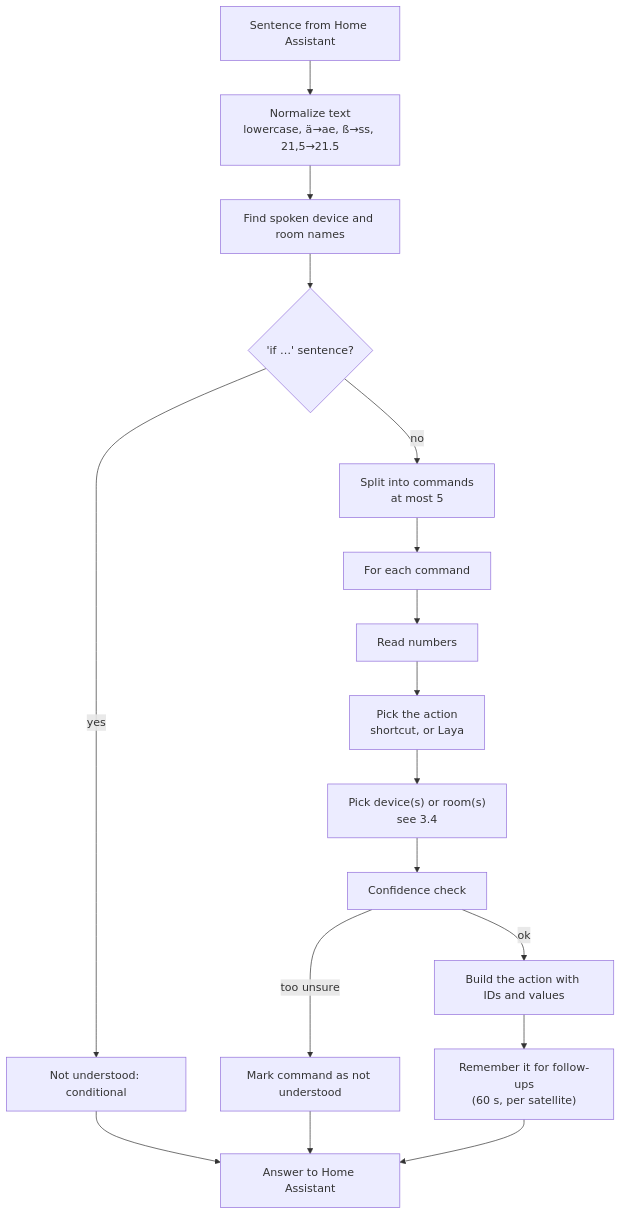
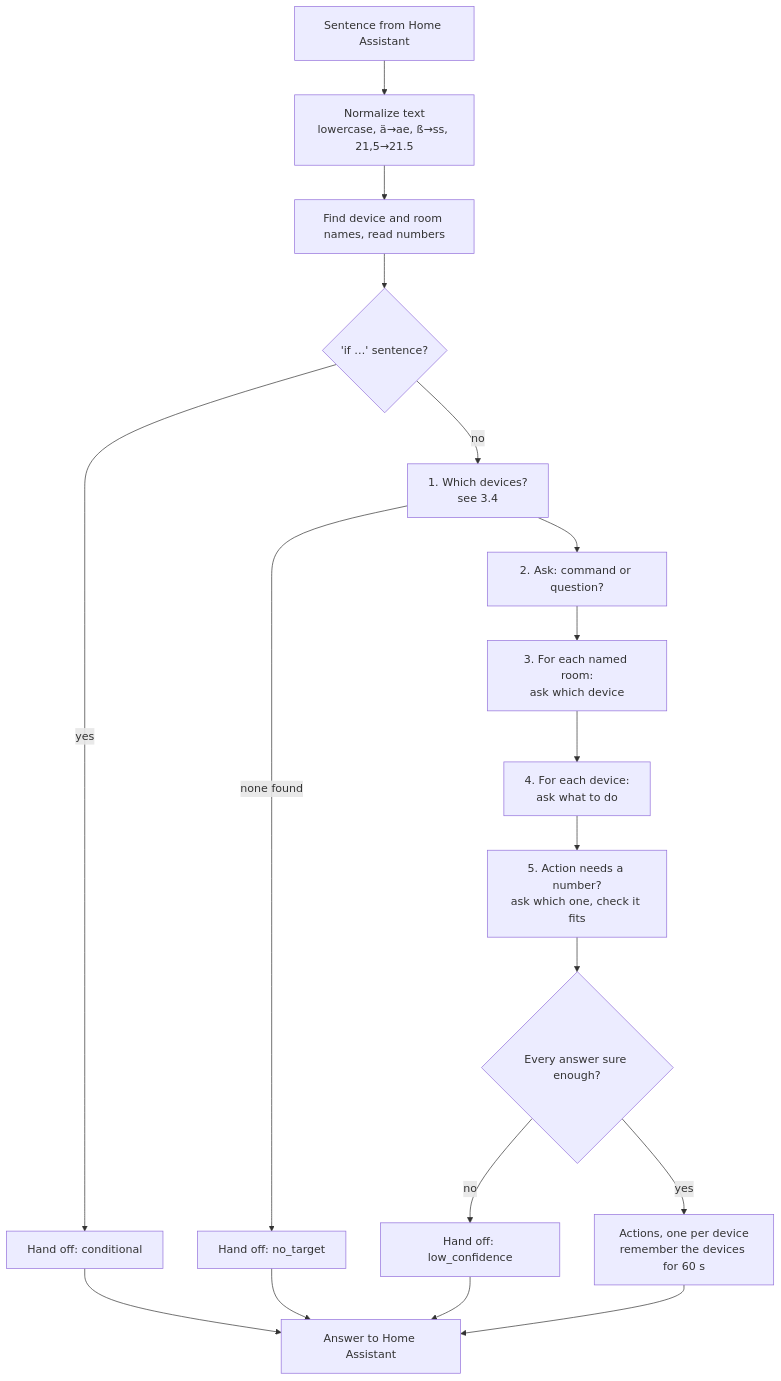
The second of 5 diagrams in HOW-IT-WORKS.md (d00kIe/assist-decider), drawn with Mermaid before and after one commit. The commit also changed other lines of this file and 15 other files, not shown here.

````diff
--- a/HOW-IT-WORKS.md
+++ b/HOW-IT-WORKS.md
@@ -266,19 +241,20 @@
 ```mermaid
 flowchart TD
     A["Sentence from Home Assistant"] --> B["Normalize text<br/>lowercase, ä→ae, ß→ss, 21,5→21.5"]
-    B --> C["Find spoken device and room names"]
+    B --> C["Find device and room names, read numbers"]
     C --> D{"'if …' sentence?"}
-    D -- yes --> X["Not understood: conditional"]
-    D -- no --> F["Split into commands<br/>at most 5"]
-    F --> G["For each command"]
-    G --> H["Read numbers"]
-    H --> I["Pick the action<br/>shortcut, or Laya"]
-    I --> J["Pick device(s) or room(s)<br/>see 3.4"]
-    J --> K["Confidence check"]
-    K -- "too unsure" --> U["Mark command as not understood"]
-    K -- ok --> L["Build the action with IDs and values"]
-    L --> M["Remember it for follow-ups<br/>(60 s, per satellite)"]
-    X --> R
-    U --> R
-    M --> R["Answer to Home Assistant"]
+    D -- yes --> X["Hand off: conditional"]
+    D -- no --> E["1. Which devices?<br/>see 3.4"]
+    E -- "none found" --> Y["Hand off: no_target"]
+    E --> F["2. Ask: command or question?"]
+    F --> G["3. For each named room:<br/>ask which device"]
+    G --> H["4. For each device:<br/>ask what to do"]
+    H --> I["5. Action needs a number?<br/>ask which one, check it fits"]
+    I --> K{"Every answer sure enough?"}
+    K -- no --> Z["Hand off: low_confidence"]
+    K -- yes --> L["Actions, one per device<br/>remember the devices for 60 s"]
+    X --> R["Answer to Home Assistant"]
+    Y --> R
+    Z --> R
+    L --> R
 ```
````
